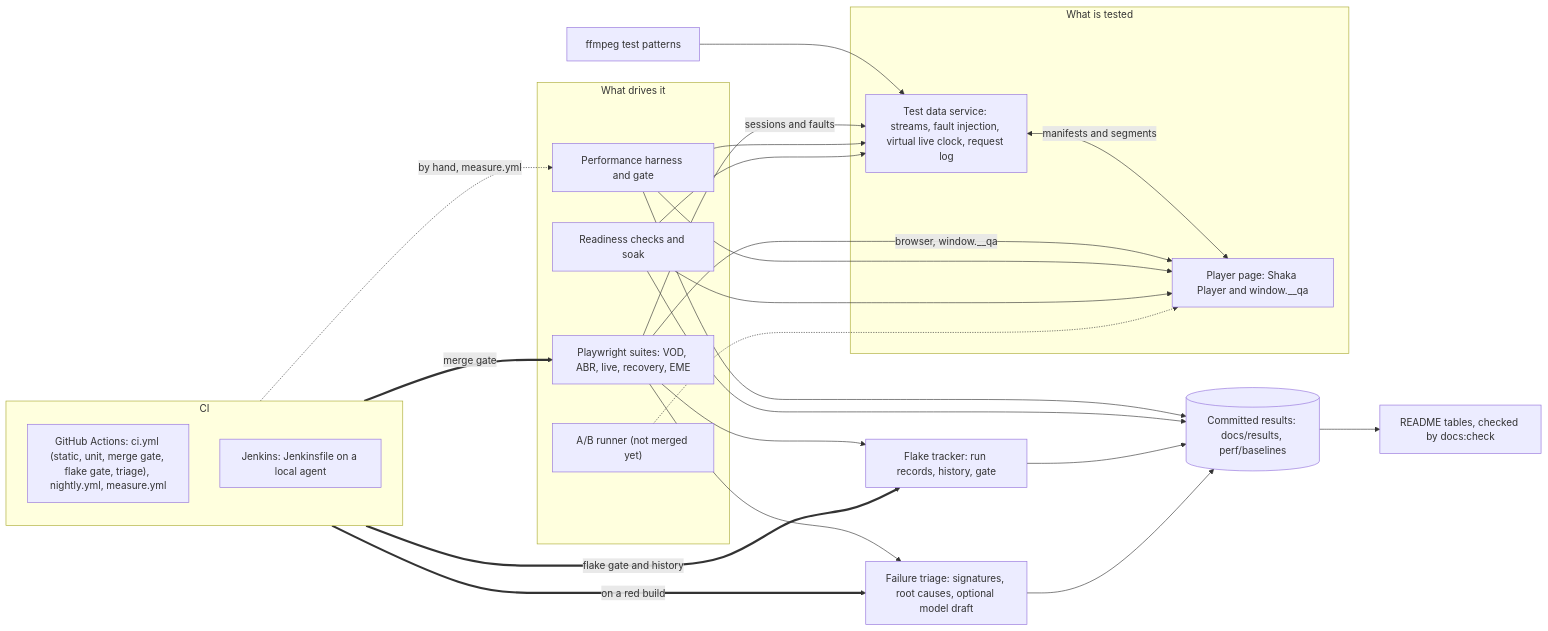
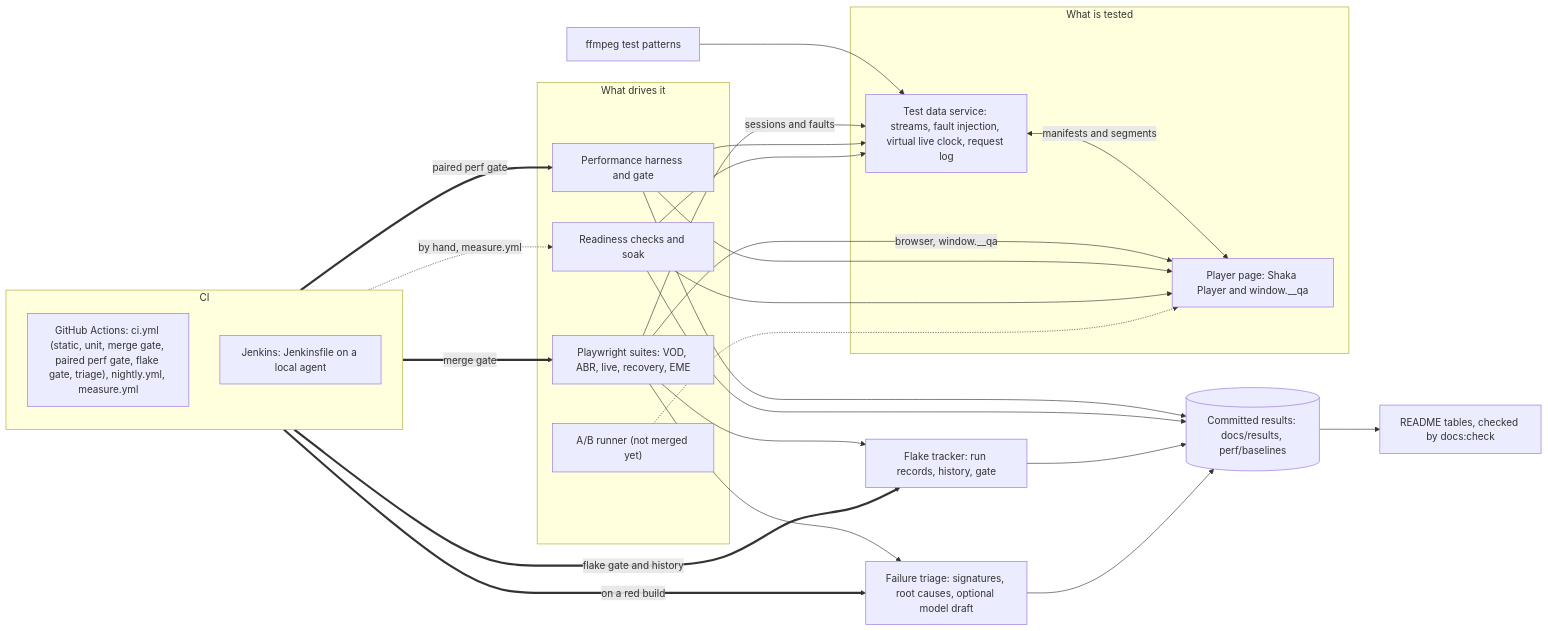
Before and after one commit to hanniavalera/playback-proof: the diagram in README.md, drawn with Mermaid. The commit also changed other lines of this file and 12 other files, not shown here.

````diff
--- a/README.md
+++ b/README.md
@@ -34,37 +34,38 @@
 ```mermaid
 flowchart LR
   ffmpeg["ffmpeg test patterns"] --> svc
   subgraph target["What is tested"]
     svc["Test data service: streams, fault injection, virtual live clock, request log"]
     page["Player page: Shaka Player and window.__qa"]
     svc <-->|"manifests and segments"| page
   end
   subgraph drivers["What drives it"]
     pw["Playwright suites: VOD, ABR, live, recovery, EME"]
     perf["Performance harness and gate"]
     rdy["Readiness checks and soak"]
     ab["A/B runner (not merged yet)"]
   end
   pw -->|"browser, window.__qa"| page
   pw -->|"sessions and faults"| svc
   perf --> page
   perf --> svc
   rdy --> page
   rdy --> svc
   ab -.-> page
   pw --> flake["Flake tracker: run records, history, gate"]
   pw --> triage["Failure triage: signatures, root causes, optional model draft"]
   perf --> results[("Committed results: docs/results, perf/baselines")]
   rdy --> results
   flake --> results
   triage --> results
   results --> readme["README tables, checked by docs:check"]
   subgraph ci["CI"]
-    gha["GitHub Actions: ci.yml (static, unit, merge gate, flake gate, triage), nightly.yml, measure.yml"]
+    gha["GitHub Actions: ci.yml (static, unit, merge gate, paired perf gate, flake gate, triage), nightly.yml, measure.yml"]
     jenkins["Jenkins: Jenkinsfile on a local agent"]
   end
   ci ==>|"merge gate"| pw
   ci ==>|"flake gate and history"| flake
   ci ==>|"on a red build"| triage
-  ci -.->|"by hand, measure.yml"| perf
+  ci ==>|"paired perf gate"| perf
+  ci -.->|"by hand, measure.yml"| rdy
 ```
````
